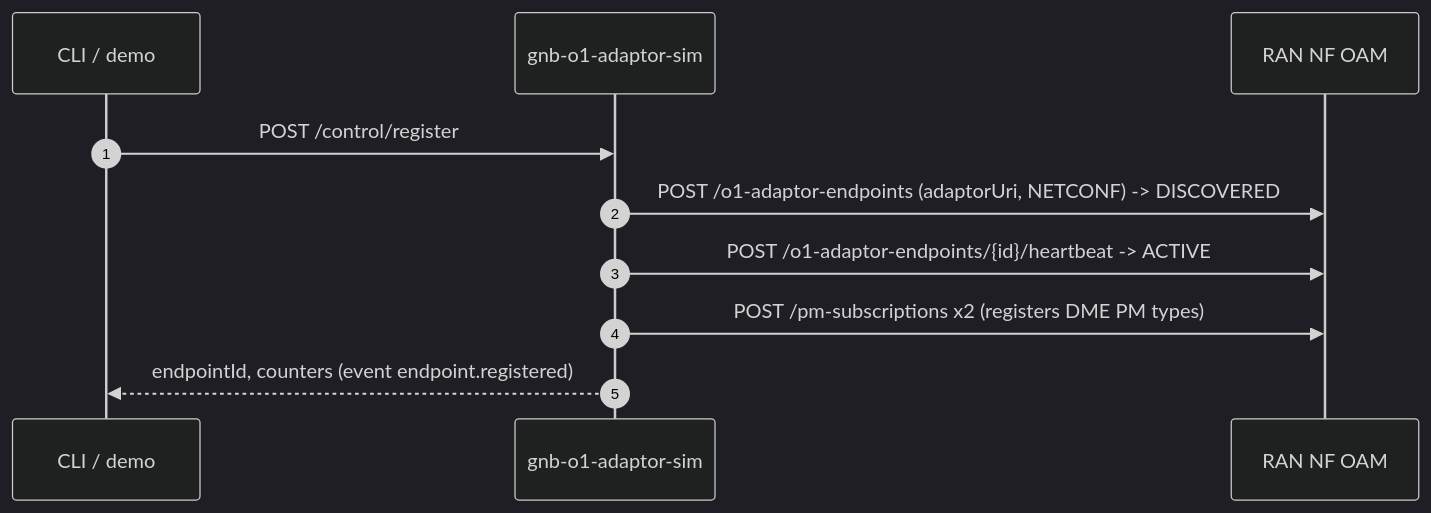
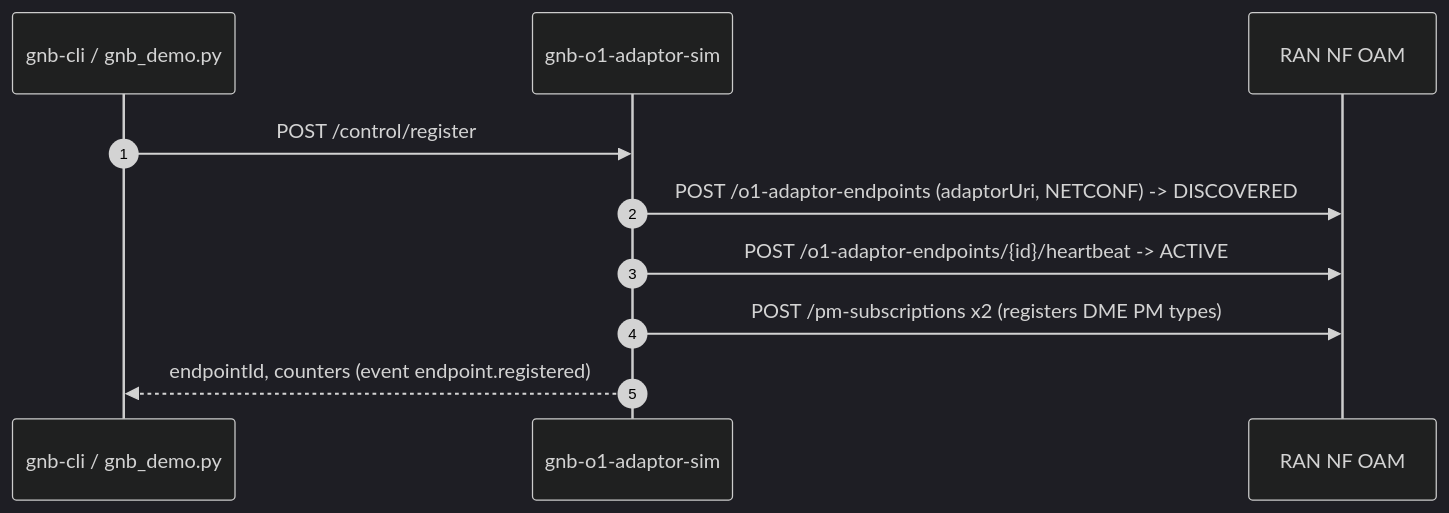
One commit to rsys-bshankar/ai-ran-ref changed the first of 4 diagrams in smo/samples/tx-muting-rapp/README.md. Above: the diagram before and after it, drawn with Mermaid (dark theme). The commit also changed other lines of this file, not shown here.

Commit message:
tx-muting-rapp README: label the CLI and demo as gnb-cli / gnb_demo.py in the diagrams and prose

````diff
--- a/smo/samples/tx-muting-rapp/README.md
+++ b/smo/samples/tx-muting-rapp/README.md
@@ -209,12 +209,12 @@
 ```mermaid
 sequenceDiagram
     autonumber
-    participant OP as CLI / demo
+    participant OP as gnb-cli / gnb_demo.py
     participant AD as gnb-o1-adaptor-sim
     participant NF as RAN NF OAM
     OP->>AD: POST /control/register
     AD->>NF: POST /o1-adaptor-endpoints (adaptorUri, NETCONF) -> DISCOVERED
     AD->>NF: POST /o1-adaptor-endpoints/{id}/heartbeat -> ACTIVE
     AD->>NF: POST /pm-subscriptions x2 (registers DME PM types)
     AD-->>OP: endpointId, counters (event endpoint.registered)
 ```
````
